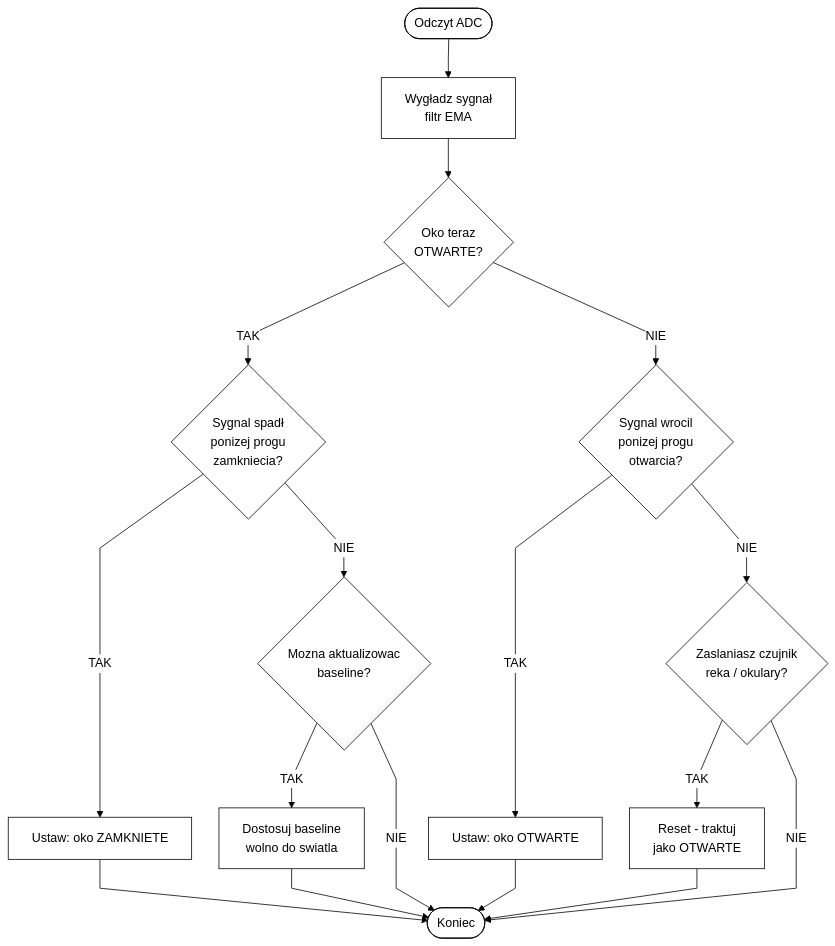
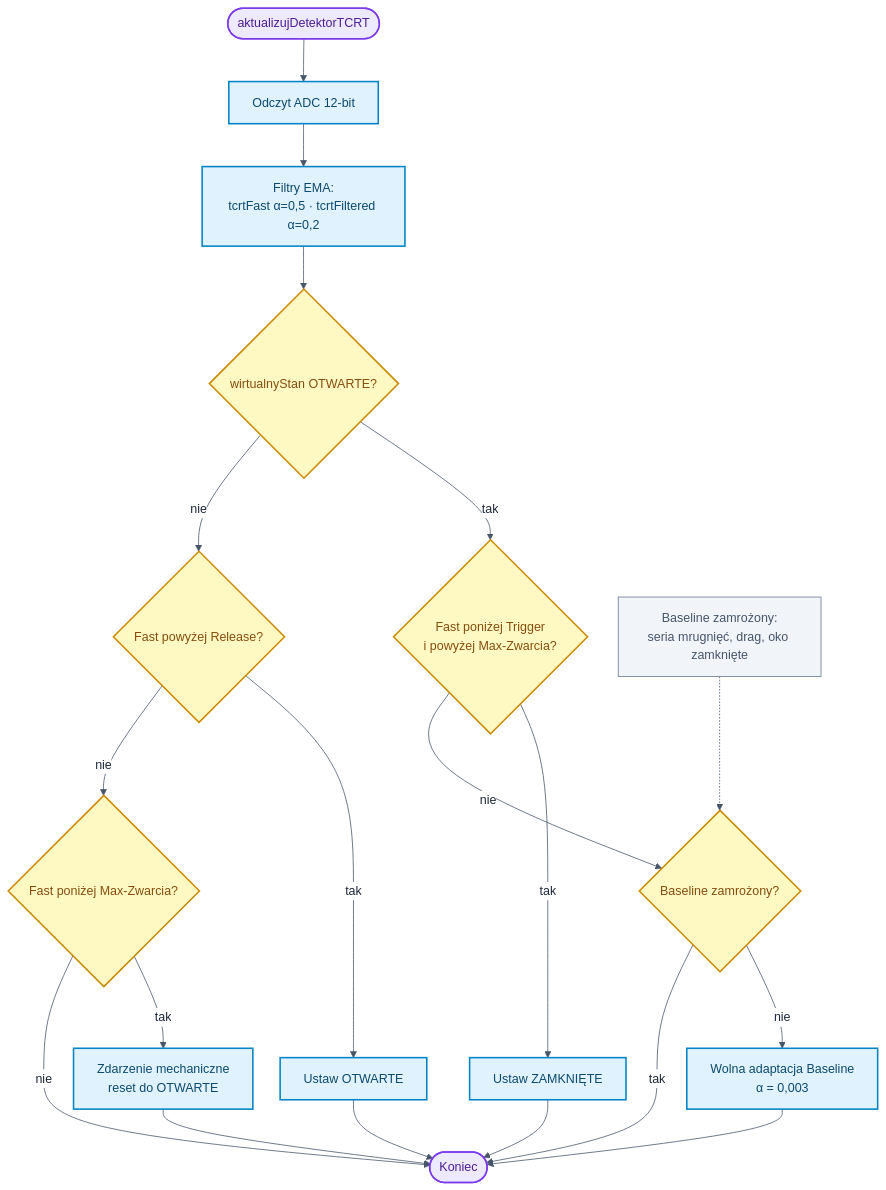
One commit to bartkadres-ai/HEFAS-4.0 changed the seventh of 10 diagrams in README.md. Above: the diagram before and after it, drawn with Mermaid. The commit also changed other lines of this file, not shown here.

````diff
--- a/README.md
+++ b/README.md
@@ -447,20 +507,36 @@
 ```mermaid
-%%{init: {'theme':'base','themeVariables':{'background':'#ffffff','mainBkg':'#ffffff','primaryColor':'#ffffff','primaryTextColor':'#000000','primaryBorderColor':'#000000','lineColor':'#000000','edgeLabelBackground':'#ffffff'},'flowchart':{'curve':'linear','nodeSpacing':35,'rankSpacing':50}}}%%
+%%{init: {'theme':'base','themeVariables':{'background':'#ffffff','mainBkg':'#ffffff','primaryColor':'#ffffff','primaryTextColor':'#1e293b','primaryBorderColor':'#64748b','lineColor':'#475569','edgeLabelBackground':'#ffffff'},'flowchart':{'curve':'basis','nodeSpacing':35,'rankSpacing':55}}}%%
 flowchart TD
-    A([Odczyt ADC]) --> B[Wygładz sygnał<br/>filtr EMA]
-    B --> C{Oko teraz<br/>OTWARTE?}
-    C -->|TAK| D{Sygnal spadł<br/>ponizej progu<br/>zamkniecia?}
-    D -->|TAK| E[Ustaw: oko ZAMKNIETE]
-    D -->|NIE| F{Mozna aktualizowac<br/>baseline?}
-    F -->|TAK| G[Dostosuj baseline<br/>wolno do swiatla]
-    F -->|NIE| Z
-    C -->|NIE| H{Sygnal wrocil<br/>ponizej progu<br/>otwarcia?}
-    H -->|TAK| I[Ustaw: oko OTWARTE]
-    H -->|NIE| J{Zaslaniasz czujnik<br/>reka / okulary?}
-    J -->|TAK| K[Reset - traktuj<br/>jako OTWARTE]
-    J -->|NIE| Z
-    E --> Z([Koniec])
-    G --> Z
-    I --> Z
-    K --> Z
+    A([aktualizujDetektorTCRT]) --> ADC[Odczyt ADC 12-bit]
+    ADC --> EMA["Filtry EMA:<br/>tcrtFast α=0,5 · tcrtFiltered α=0,2"]
+
+    EMA --> OTW{wirtualnyStan OTWARTE?}
+
+    OTW -->|tak| TRIG{Fast poniżej Trigger<br/>i powyżej Max-Zwarcia?}
+    TRIG -->|tak| ZAM[Ustaw ZAMKNIĘTE]
+    TRIG -->|nie| FRZ{Baseline zamrożony?}
+    FRZ -->|nie| ADAPT["Wolna adaptacja Baseline<br/>α = 0,003"]
+    FRZ -->|tak| KON
+
+    OTW -->|nie| REL{Fast powyżej Release?}
+    REL -->|tak| OOTW[Ustaw OTWARTE]
+    REL -->|nie| MECH{Fast poniżej Max-Zwarcia?}
+    MECH -->|tak| MECHR["Zdarzenie mechaniczne<br/>reset do OTWARTE"]
+    MECH -->|nie| KON
+
+    ZAM --> KON([Koniec])
+    ADAPT --> KON
+    OOTW --> KON
+    MECHR --> KON
+
+    NOTE["Baseline zamrożony:<br/>seria mrugnięć, drag, oko zamknięte"] -.-> FRZ
+
+    classDef startEnd fill:#ede9fe,stroke:#7c3aed,stroke-width:2px,color:#4c1d95
+    classDef process fill:#e0f2fe,stroke:#0284c7,stroke-width:2px,color:#0c4a6e
+    classDef decision fill:#fef9c3,stroke:#ca8a04,stroke-width:2px,color:#854d0e
+    classDef note fill:#f1f5f9,stroke:#64748b,stroke-width:1px,color:#475569
+    class A,KON startEnd
+    class ADC,EMA,ZAM,ADAPT,OOTW,MECHR process
+    class OTW,TRIG,FRZ,REL,MECH decision
+    class NOTE note
 ```
````
